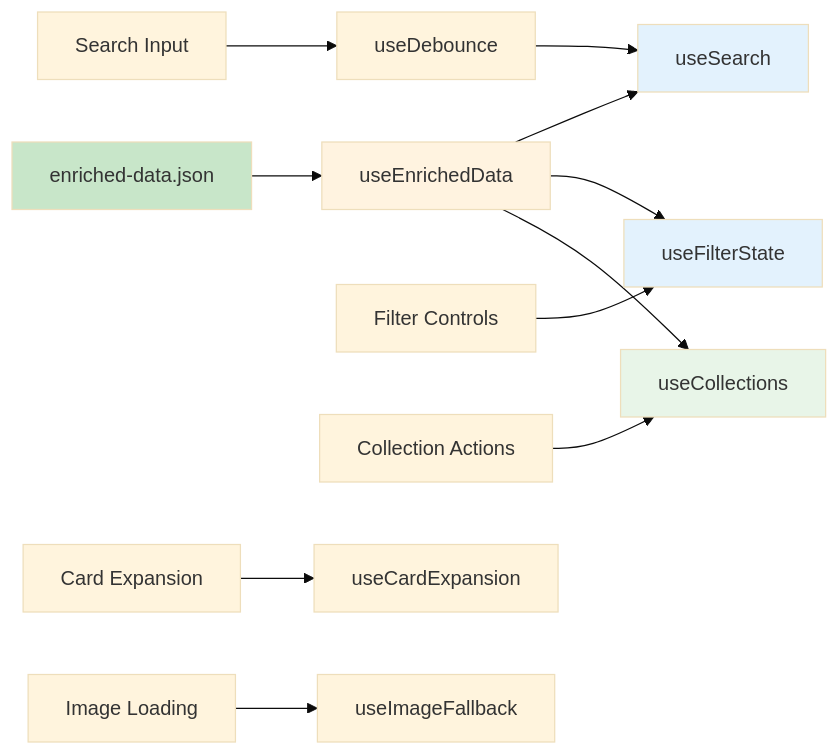
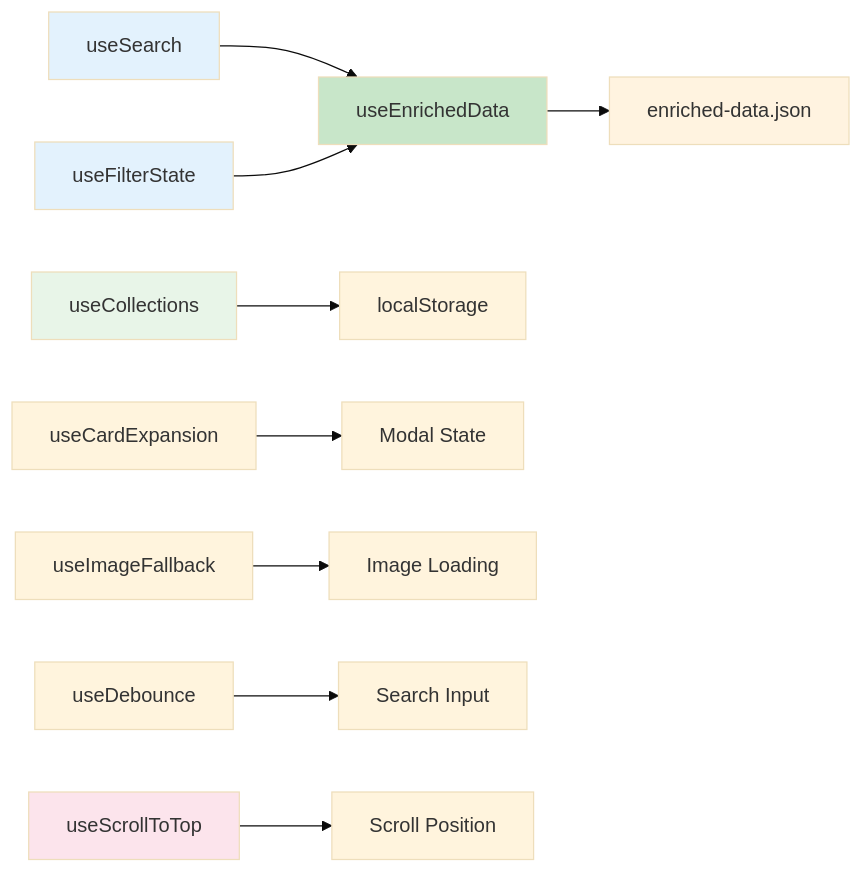
Before and after one commit to AustroMelee/Austros-ATLA-World: the second of 3 diagrams in docs/frontend architecture.md, drawn with Mermaid (base theme). The commit also changed other lines of this file and 132 other files, not shown here.

````diff
--- a/docs/frontend architecture.md
+++ b/docs/frontend architecture.md
@@ -53,22 +53,19 @@
 ```mermaid
 graph LR
-    A[enriched-data.json] --> B[useEnrichedData]
-    B --> C[useSearch]
-    B --> D[useFilterState]
-    B --> E[useCollections]
+    A[useEnrichedData] --> B[enriched-data.json]
+    C[useSearch] --> A
+    D[useFilterState] --> A
+    E[useCollections] --> F[localStorage]
     
-    F[Search Input] --> G[useDebounce]
-    G --> C
-    
-    H[Filter Controls] --> D
-    I[Collection Actions] --> E
-    
-    J[Card Expansion] --> K[useCardExpansion]
-    L[Image Loading] --> M[useImageFallback]
+    G[useCardExpansion] --> H[Modal State]
+    I[useImageFallback] --> J[Image Loading]
+    K[useDebounce] --> L[Search Input]
+    M[useScrollToTop] --> N[Scroll Position]
     
     style A fill:#c8e6c9
     style B fill:#fff3e0
     style C fill:#e3f2fd
     style D fill:#e3f2fd
     style E fill:#e8f5e8
+    style M fill:#fce4ec
 ```
````
